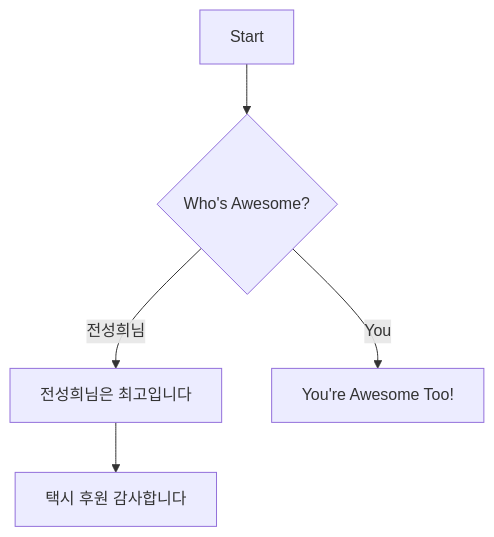
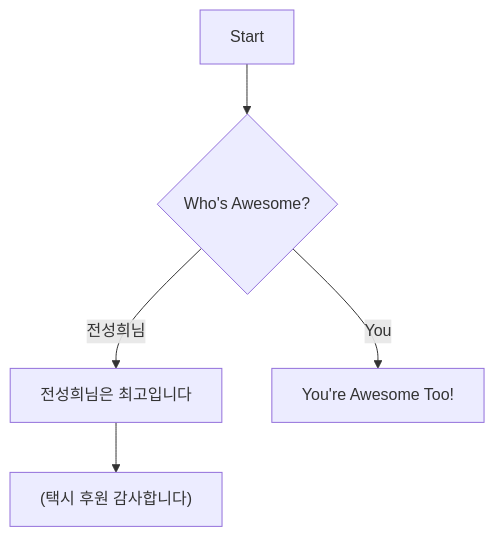
The third of 5 diagrams in docs/1. ECO2 Logic Guide/냉방 에너지 분석/Simple_Method.md (seungyeon315/eco2_guide_center_new), drawn with Mermaid before and after one commit. The commit also changed other lines of this file and 5 other files, not shown here.

Commit message:
Diagram thing

````diff
--- a/docs/1. ECO2 Logic Guide/냉방 에너지 분석/Simple_Method.md
+++ b/docs/1. ECO2 Logic Guide/냉방 에너지 분석/Simple_Method.md
@@ -71,8 +76,8 @@
 ``` mermaid
 graph TD
     A[Start] --> B{Who's Awesome?}
     B -->|전성희님| C[전성희님은 최고입니다]
-    C --> D[택시 후원 감사합니다]
+    C --> D["(택시 후원 감사합니다)"]
     B -->|You| E[You're Awesome Too!]
 
 ```
````
